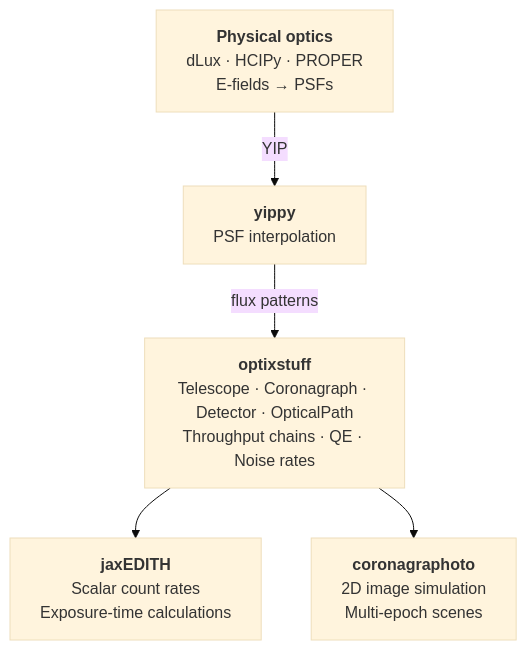
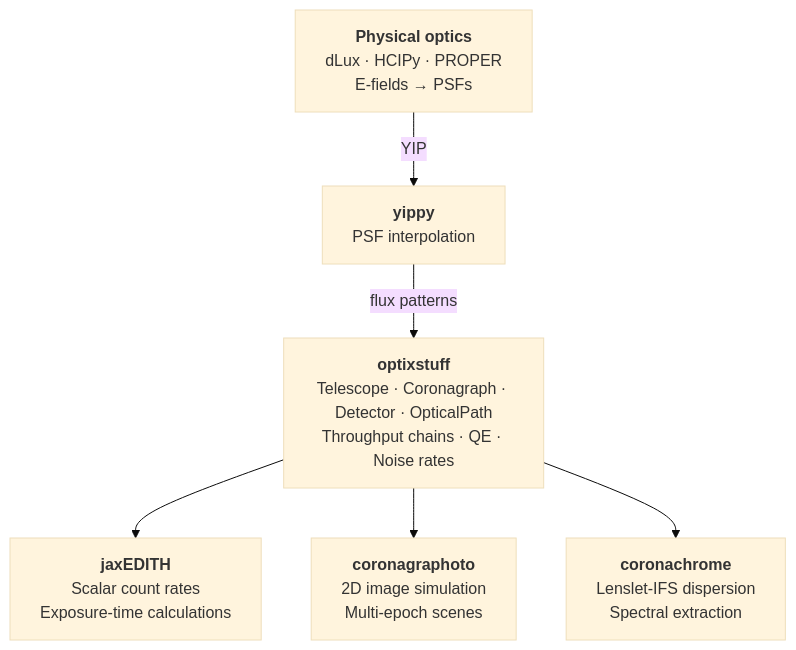
The diagram in README.md (CoreySpohn/optixstuff), drawn with Mermaid (base theme) before and after one commit. The commit also changed other lines of this file, not shown here.

Commit message:
docs: reference coronachrome as a downstream consumer

````diff
--- a/README.md
+++ b/README.md
@@ -49,13 +51,15 @@
 ```mermaid
 flowchart TB
     physopt["<b>Physical optics</b><br/>dLux · HCIPy · PROPER<br/>E-fields → PSFs"]
     yippy["<b>yippy</b><br/>PSF interpolation"]
     optix["<b>optixstuff</b><br/>Telescope · Coronagraph · Detector · OpticalPath<br/>Throughput chains · QE · Noise rates"]
     jaxedith["<b>jaxEDITH</b><br/>Scalar count rates<br/>Exposure-time calculations"]
     corono["<b>coronagraphoto</b><br/>2D image simulation<br/>Multi-epoch scenes"]
+    coronachrome["<b>coronachrome</b><br/>Lenslet-IFS dispersion<br/>Spectral extraction"]
 
     physopt -- YIP --> yippy
     yippy -- flux patterns --> optix
     optix --> jaxedith
     optix --> corono
+    optix --> coronachrome
 ```
````
